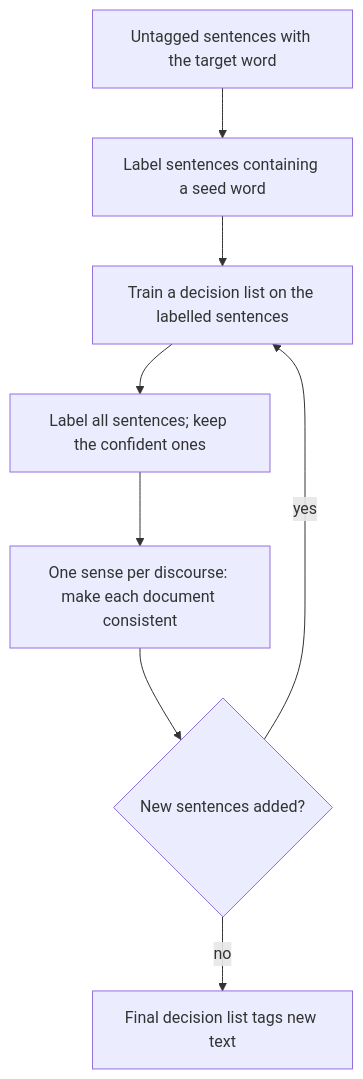
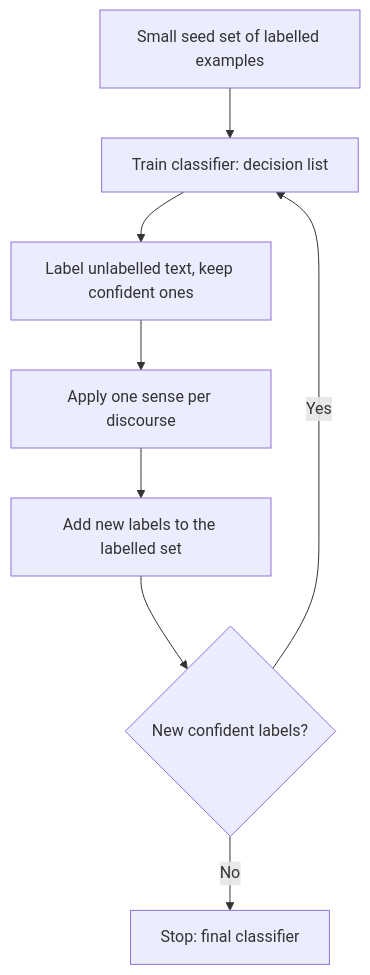
One commit to TrendySloth1001/sem-seven-notes changed the fifth of 6 diagrams in content/natural-language-processing/notes/word-sense-disambiguation.mdx. Above: the diagram before and after it, drawn with Mermaid. The commit also changed other lines of this file and 406 other files, not shown here.

````diff
--- a/content/natural-language-processing/notes/word-sense-disambiguation.mdx
+++ b/content/natural-language-processing/notes/word-sense-disambiguation.mdx
@@ -416,11 +171,11 @@
 ```mermaid
-%% caption: Yarowsky's bootstrapping loop. A few seed words label some sentences, a decision list learns from them, and the confident new labels are fed back until nothing more can be added.
+%% caption: The Yarowsky loop. The labelled set grows each round until nothing new is confident.
 flowchart TD
-  A["Untagged sentences with the target word"] --> B["Label sentences containing a seed word"]
-  B --> C["Train a decision list on the labelled sentences"]
-  C --> D["Label all sentences; keep the confident ones"]
-  D --> E["One sense per discourse: make each document consistent"]
-  E --> F{"New sentences added?"}
-  F -->|"yes"| C
-  F -->|"no"| G["Final decision list tags new text"]
+  A["Small seed set of labelled examples"] --> B["Train classifier: decision list"]
+  B --> C["Label unlabelled text, keep confident ones"]
+  C --> D["Apply one sense per discourse"]
+  D --> E["Add new labels to the labelled set"]
+  E --> F{"New confident labels?"}
+  F -->|"Yes"| B
+  F -->|"No"| G["Stop: final classifier"]
 ```
````
